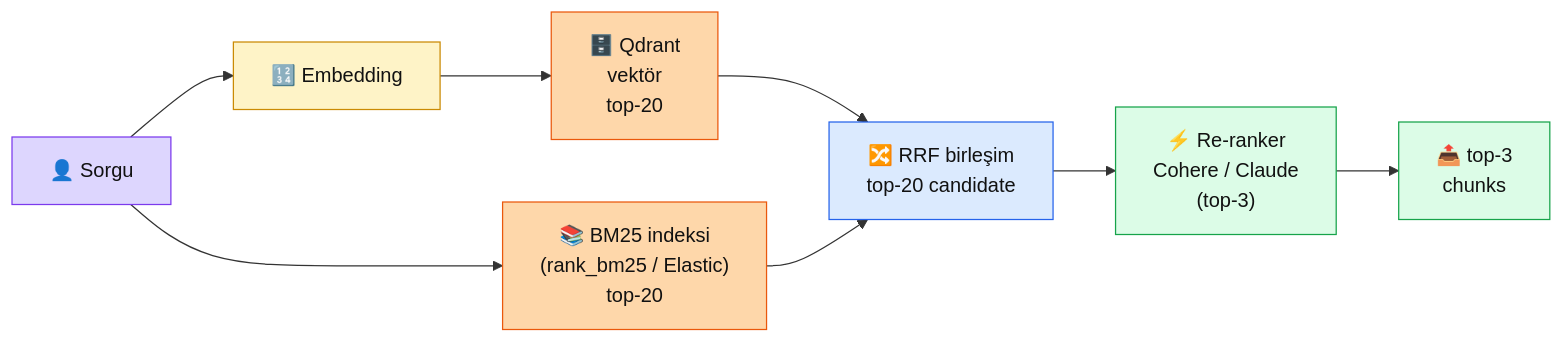
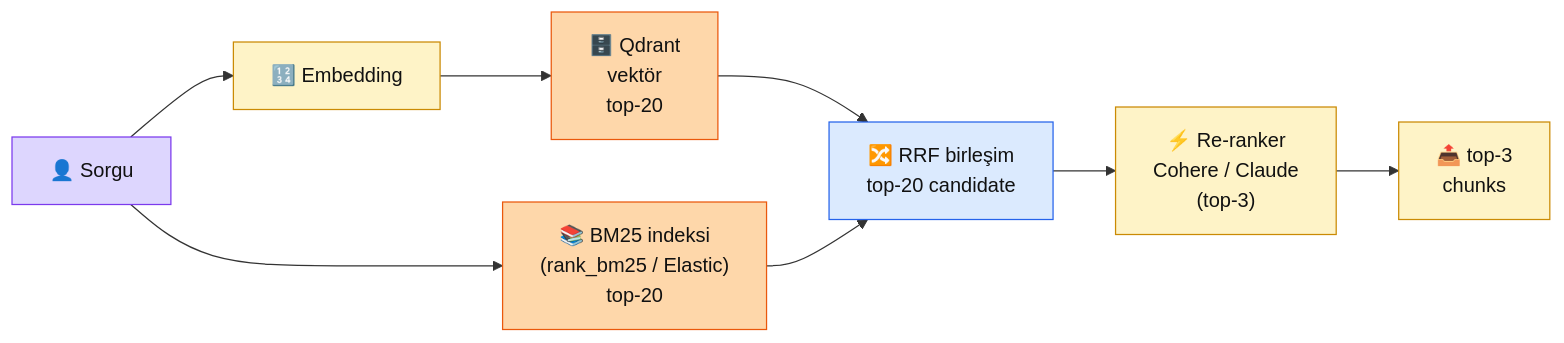
The diagram in docs/bolum-4/03-retrieval.md (KemalG-u/muhendisal-platform), drawn with Mermaid before and after one commit. The commit also changed other lines of this file and 8 other files, not shown here.

````diff
--- a/docs/bolum-4/03-retrieval.md
+++ b/docs/bolum-4/03-retrieval.md
@@ -38,27 +39,27 @@
 ```mermaid
 flowchart LR
   Q["👤 Sorgu"]
   E["🔢 Embedding"]
   VEC["🗄️ Qdrant\nvektör\ntop-20"]
   BM["📚 BM25 indeksi\n(rank_bm25 / Elastic)\ntop-20"]
   FUSION["🔀 RRF birleşim\ntop-20 candidate"]
   RER["⚡ Re-ranker\nCohere / Claude\n(top-3)"]
   OUT["📤 top-3\nchunks"]
 
   Q --> E --> VEC
   Q --> BM
   VEC --> FUSION
   BM --> FUSION
   FUSION --> RER --> OUT
 
   classDef inp fill:#ddd6fe,stroke:#7c3aed,color:#111
   classDef hes fill:#fef3c7,stroke:#ca8a04,color:#111
   classDef db fill:#fed7aa,stroke:#ea580c,color:#111
   classDef fuse fill:#dbeafe,stroke:#2563eb,color:#111
-  classDef rer fill:#dcfce7,stroke:#16a34a,color:#111
+  classDef rer fill:#fef3c7,stroke:#ca8a04,color:#111
   class Q inp
   class E hes
   class VEC,BM db
   class FUSION fuse
   class RER,OUT rer
 ```
````
